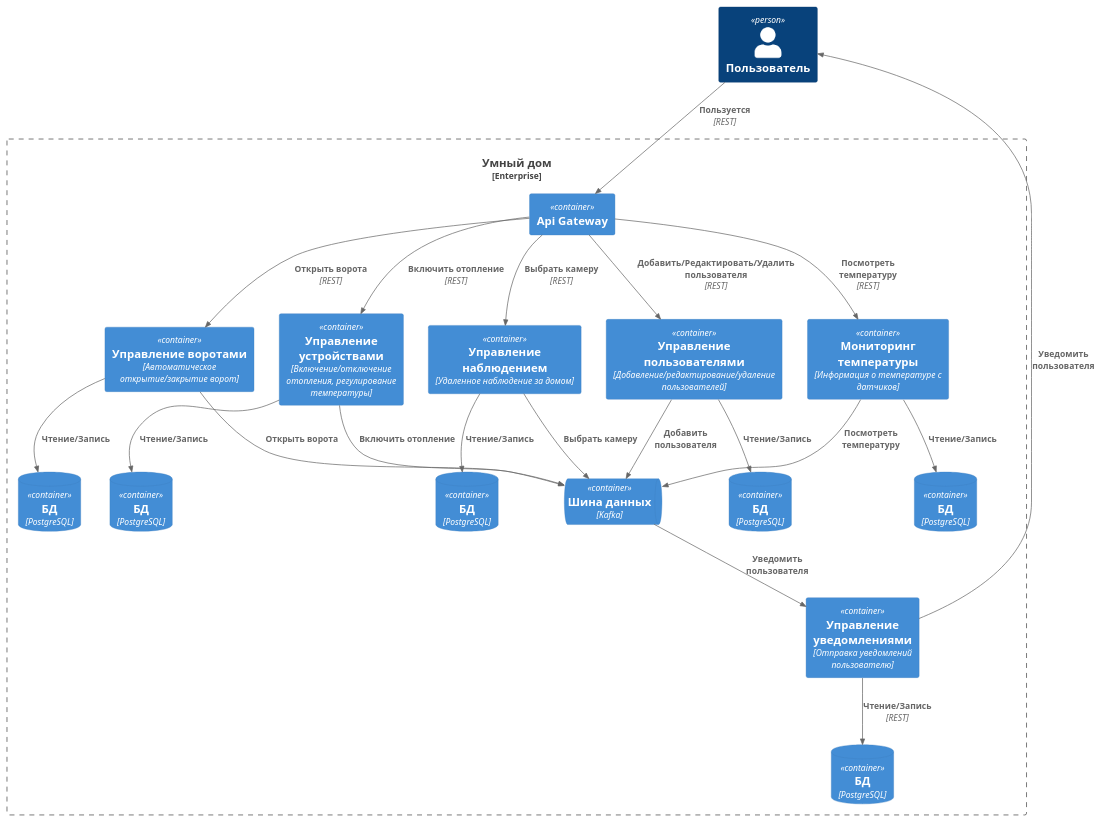
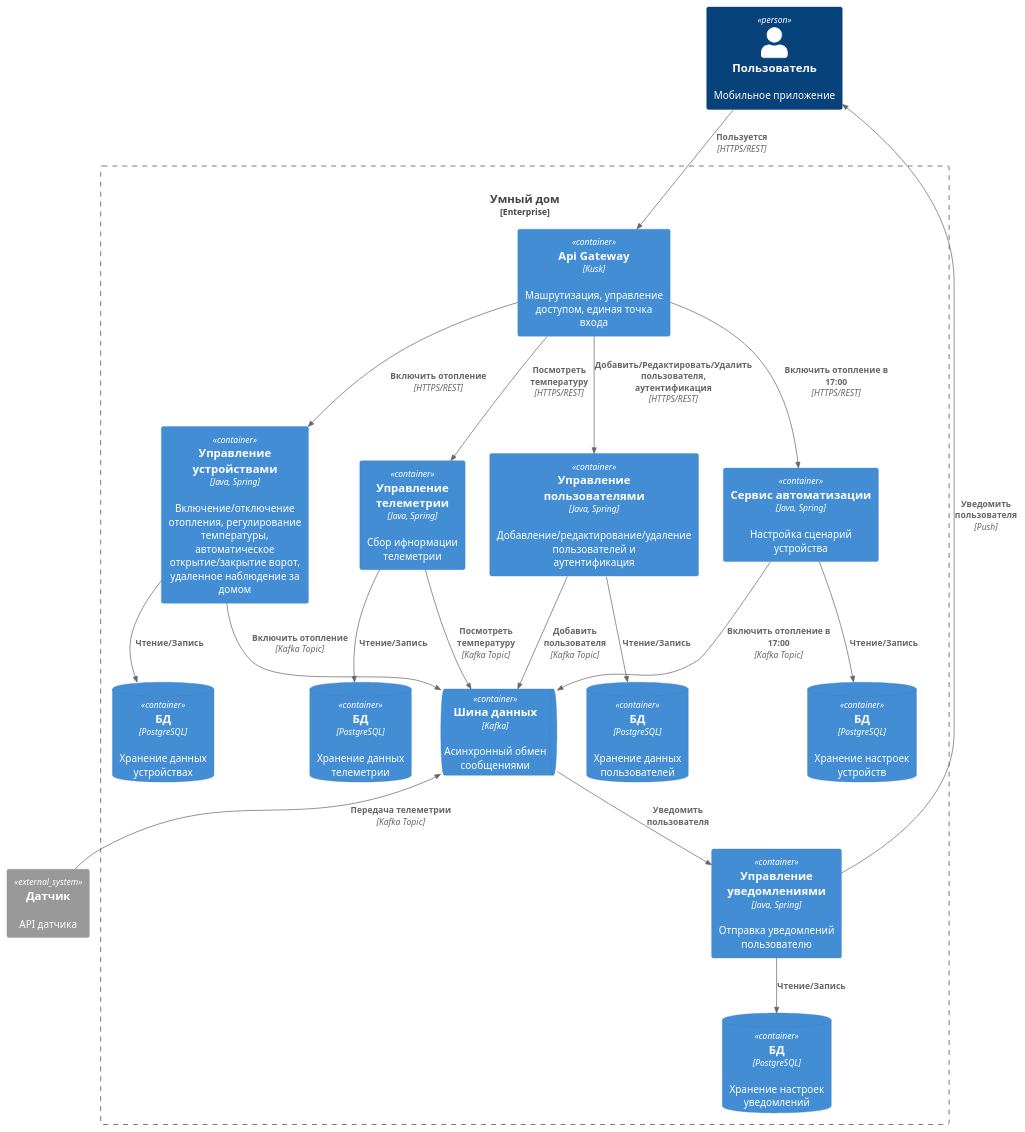
The diagram in diagrams/container_diagrams.puml (HichDX/architecture-sprint-3), drawn with PlantUML before and after one commit. The commit also changed 8 other files, not shown here.

```diff
--- a/diagrams/container_diagrams.puml
+++ b/diagrams/container_diagrams.puml
@@ -1,59 +1,57 @@
 @startuml
-'!includeurl https://raw.githubusercontent.com/RicardoNiepel/C4-PlantUML/master/C4_Container.puml
+!include https://raw.githubusercontent.com/RicardoNiepel/C4-PlantUML/master/C4_Container.puml
 !include https://raw.githubusercontent.com/plantuml-stdlib/C4-PlantUML/master/C4_Component.puml
 !include https://raw.githubusercontent.com/plantuml-stdlib/C4-PlantUML/master/C4_Context.puml
 
 'LAYOUT_WITH_LEGEND
 
 
-Person(user, "Пользователь")
+Person(user, "Пользователь", "Мобильное приложение")
+System_Ext(sensor, "Датчик", "API датчика")
 
 Enterprise_Boundary(e1, "Умный дом"){
 
-Container(api_gateway, "Api Gateway")
-Container(control_device, "Управление устройствами", "Включение/отключение отопления, регулирование температуры")
-Container(view_temp, "Мониторинг температуры", "Информация о температуре с датчиков")
-Container(users, "Управление пользователями", "Добавление/редактирование/удаление пользователей")
-Container(control_gate, "Управление воротами", "Автоматическое открытие/закрытие ворот")
-Container(control_view, "Управление наблюдением", "Удаленное наблюдение за домом")
-Container(notification, "Управление уведомлениями", "Отправка уведомлений пользователю")
-
-ContainerDb(device_DB, "БД", "PostgreSQL")
-ContainerDb(temp_DB, "БД", "PostgreSQL")
-ContainerDb(users_DB, "БД", "PostgreSQL")
-ContainerDb(gate_DB, "БД", "PostgreSQL")
-ContainerDb(view_DB, "БД", "PostgreSQL")
-ContainerDb(notification_DB, "БД", "PostgreSQL")
-
-ContainerQueue(Kafka, "Шина данных", "Kafka")
-
-Rel(user, api_gateway, "Пользуется", "REST")
+Container(api_gateway, "Api Gateway", "Kusk", "Машрутизация, управление доступом, единая точка входа")
+Container(control_device, "Управление устройствами", "Java, Spring", "Включение/отключение отопления, регулирование температуры, автоматическое открытие/закрытие ворот, удаленное наблюдение за домом")
+Container(view_temp, "Управление телеметрии", "Java, Spring", "Сбор ифнормации телеметрии")
+Container(users, "Управление пользователями", "Java, Spring", "Добавление/редактирование/удаление пользователей и аутентификация")
+Container(settings_device, "Сервис автоматизации", "Java, Spring", "Настройка сценарий устройства")
+Container(notification, "Управление уведомлениями", "Java, Spring", "Отправка уведомлений пользователю")
 
 
-Rel(api_gateway, control_device, "Включить отопление", "REST")
+ContainerDb(device_DB, "БД", "PostgreSQL", "Хранение данных устройствах")
+ContainerDb(temp_DB, "БД", "PostgreSQL", "Хранение данных телеметрии")
+ContainerDb(users_DB, "БД", "PostgreSQL", "Хранение данных пользователей")
+ContainerDb(settings_device_db, "БД", "PostgreSQL", "Хранение настроек устройств")
+ContainerDb(notification_DB, "БД", "PostgreSQL", "Хранение настроек уведомлений")
+
+ContainerQueue(Kafka, "Шина данных", "Kafka", "Асинхронный обмен сообщениями")
+
+Rel(user, api_gateway, "Пользуется", "HTTPS/REST")
+
+
+Rel(api_gateway, control_device, "Включить отопление", "HTTPS/REST")
 Rel(control_device, device_DB, "Чтение/Запись")
 
-Rel(api_gateway, view_temp,"Посмотреть температуру", "REST")
+Rel(api_gateway, view_temp,"Посмотреть температуру", "HTTPS/REST")
 Rel(view_temp, temp_DB, "Чтение/Запись")
 
-Rel(api_gateway, users, "Добавить/Редактировать/Удалить пользователя", "REST")
+Rel(api_gateway, users, "Добавить/Редактировать/Удалить пользователя, аутентификация", "HTTPS/REST")
 Rel(users, users_DB, "Чтение/Запись")
 
-Rel(api_gateway, control_gate, "Открыть ворота", "REST")
-Rel(control_gate, gate_DB, "Чтение/Запись")
+Rel(api_gateway, settings_device, "Включить отопление в 17:00", "HTTPS/REST")
+Rel(settings_device, settings_device_db, "Чтение/Запись")
 
-Rel(api_gateway, control_view,"Выбрать камеру", "REST")
-Rel(control_view, view_DB, "Чтение/Запись")
+Rel(control_device, Kafka, "Включить отопление", "Kafka Topic")
+Rel(view_temp, Kafka, "Посмотреть температуру", "Kafka Topic")
+Rel(users, Kafka, "Добавить пользователя", "Kafka Topic")
+Rel(settings_device, Kafka, "Включить отопление в 17:00", "Kafka Topic")
+Rel(Kafka, notification, "Уведомить пользователя")
+Rel_U(notification, user, "Уведомить пользователя", "Push")
 
-Rel(control_device, Kafka, "Включить отопление")
-Rel(view_temp, Kafka, "Посмотреть температуру")
-Rel(users, Kafka, "Добавить пользователя")
-Rel(control_gate, Kafka, "Открыть ворота")
-Rel(control_view, Kafka, "Выбрать камеру")
-Rel(Kafka, notification, "Уведомить пользователя")
-Rel_U(notification, user, "Уведомить пользователя")
+Rel(notification, notification_DB, "Чтение/Запись")
 
-Rel(notification, notification_DB,"Чтение/Запись", "REST")
+Rel_U(sensor, Kafka, "Передача телеметрии", "Kafka Topic")
 
 }
 @enduml
```
